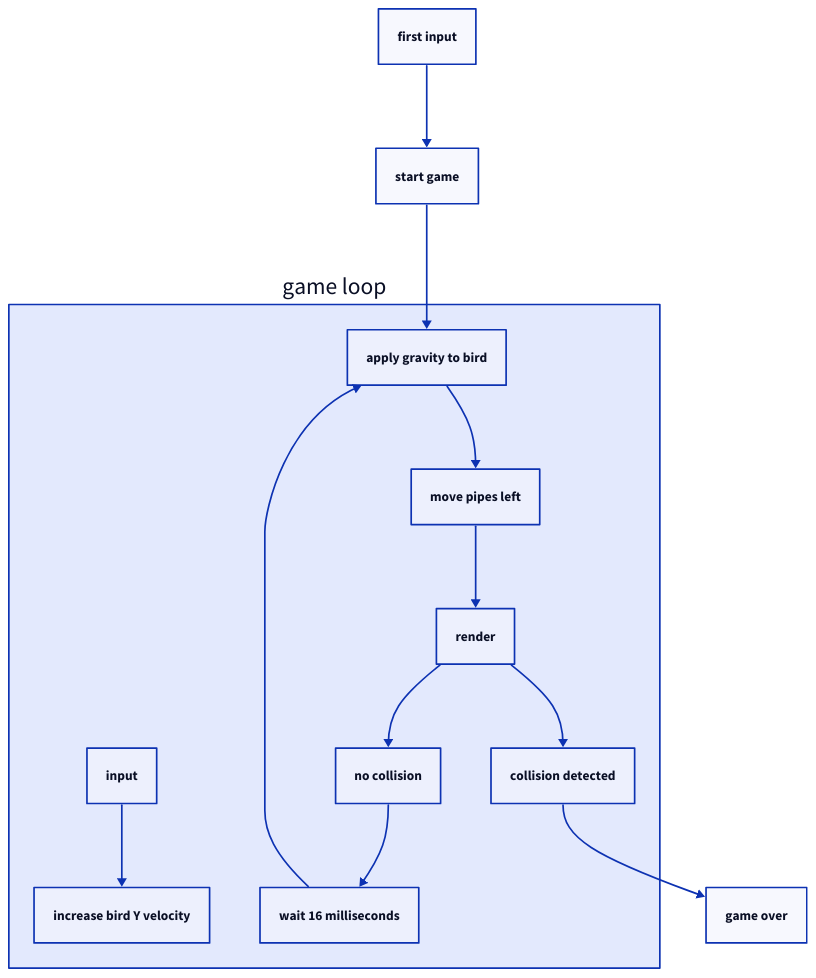
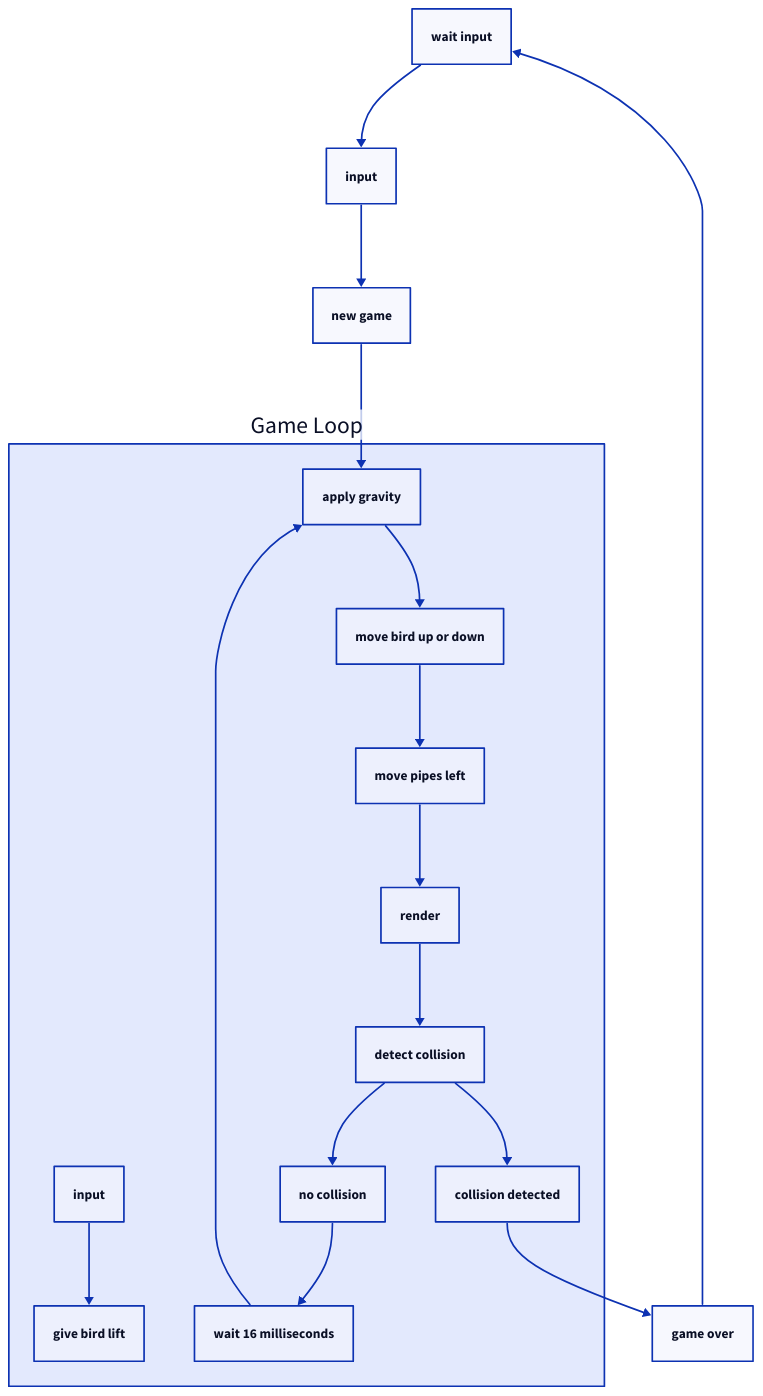
The diagram in pres/game-loop.d2 (nhooyr/flappybird), drawn with D2 before and after one commit. The commit also changed 3 other files, not shown here.

```diff
--- a/pres/game-loop.d2
+++ b/pres/game-loop.d2
@@ -1,10 +1,15 @@
-first input -> start game -> game loop.apply gravity to bird
+# This game loop is a simplified overview and inaccurate of certain
+# details of the actual game loop.
 
-game loop: {
-  input -> increase bird Y velocity
+wait input -> input -> new game -> Game Loop.apply gravity
 
-  apply gravity to bird -> move pipes left -> render
+Game Loop: {
+  input -> give bird lift
 
-  render -> no collision -> wait 16 milliseconds -> apply gravity to bird
-  render -> collision detected -> _.game over
+  apply gravity -> move bird up or down -> move pipes left -> render -> detect collision
+
+  detect collision -> no collision -> wait 16 milliseconds -> apply gravity
+  detect collision -> collision detected -> _.game over
 }
+
+game over -> wait input
```
